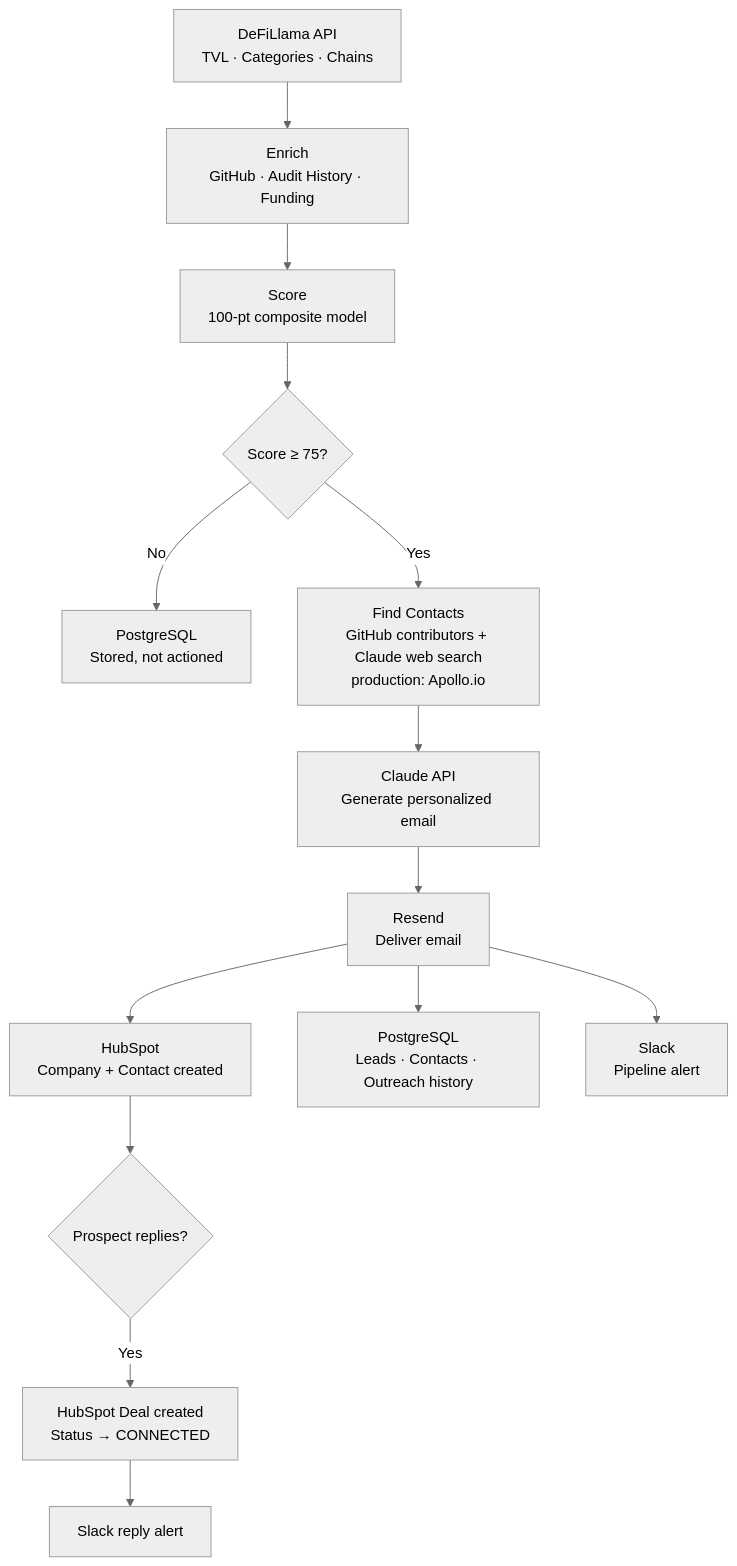
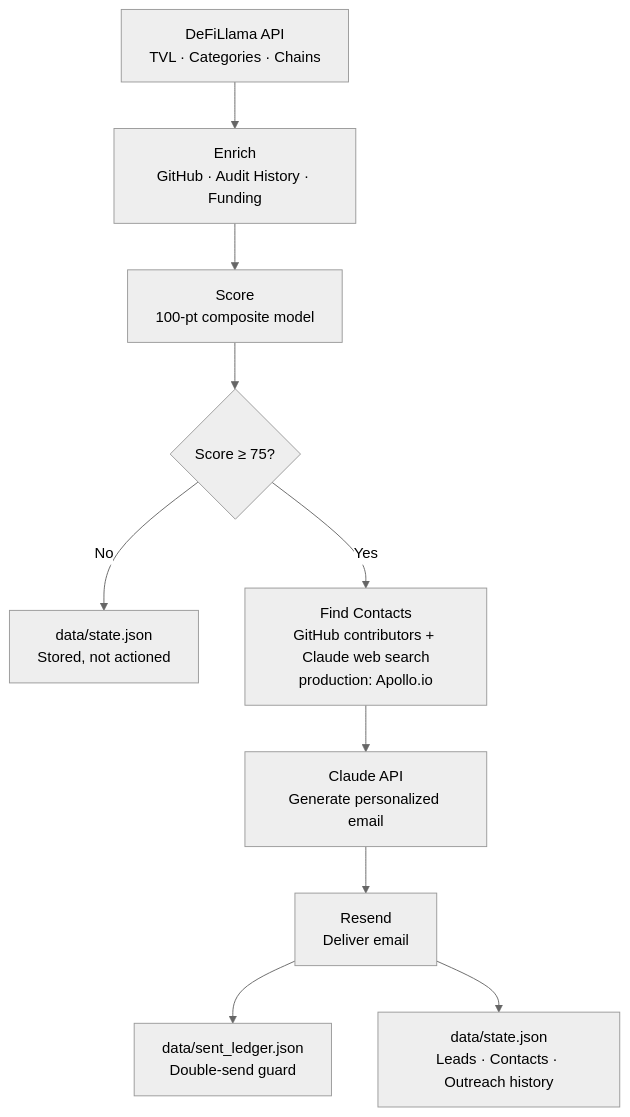
Before and after one commit to PrashanthTalwarr/AI-Sales-Agent: the diagram in README.md, drawn with Mermaid (neutral theme). The commit also changed other lines of this file and 17 other files, not shown here.

First line of the commit message:
refactor: strip to email-only — remove HubSpot, Slack, and PostgreSQL

````diff
--- a/README.md
+++ b/README.md
@@ -26,16 +25,12 @@
 ```mermaid
 flowchart TD
     A[DeFiLlama API\nTVL · Categories · Chains] --> B[Enrich\nGitHub · Audit History · Funding]
     B --> C[Score\n100-pt composite model]
     C --> D{Score ≥ 75?}
-    D -- No --> E[PostgreSQL\nStored, not actioned]
+    D -- No --> E[data/state.json\nStored, not actioned]
     D -- Yes --> F[Find Contacts\nGitHub contributors + Claude web search\nproduction: Apollo.io]
     F --> G[Claude API\nGenerate personalized email]
     G --> H[Resend\nDeliver email]
-    H --> I[HubSpot\nCompany + Contact created]
-    H --> J[PostgreSQL\nLeads · Contacts · Outreach history]
-    H --> K[Slack\nPipeline alert]
-    I --> L{Prospect replies?}
-    L -- Yes --> M[HubSpot Deal created\nStatus → CONNECTED]
-    M --> N[Slack reply alert]
+    H --> I[data/sent_ledger.json\nDouble-send guard]
+    H --> J[data/state.json\nLeads · Contacts · Outreach history]
 ```
````
